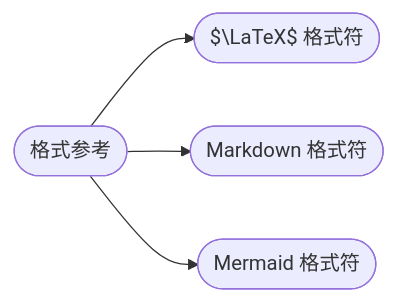
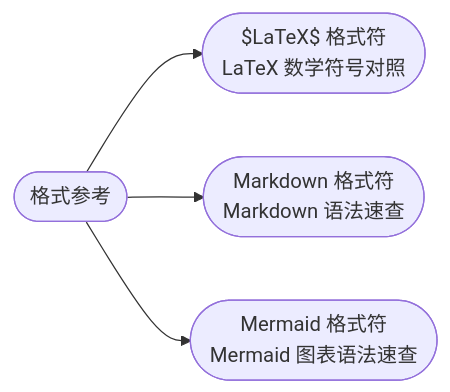
Before and after one commit to cuberxl/Coders-Note: the diagram in 0-格式/index.md, drawn with Mermaid. The commit also changed 16 other files, not shown here.

````diff
--- a/0-格式/index.md
+++ b/0-格式/index.md
@@ -23,7 +23,7 @@
 ```mermaid
 flowchart LR
     R(["格式参考"])
-    R --> N1(["$\LaTeX$ 格式符"])
-    R --> N2(["Markdown 格式符"])
-    R --> N3(["Mermaid 格式符"])
+    R --> N1(["$LaTeX$ 格式符<br/>LaTeX 数学符号对照"])
+    R --> N2(["Markdown 格式符<br/>Markdown 语法速查"])
+    R --> N3(["Mermaid 格式符<br/>Mermaid 图表语法速查"])
 ```
````
